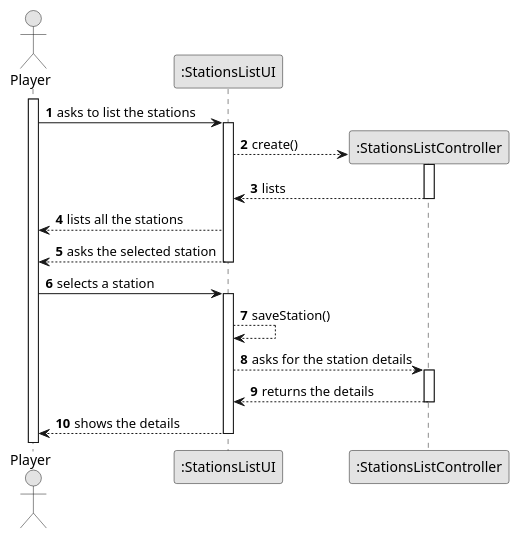
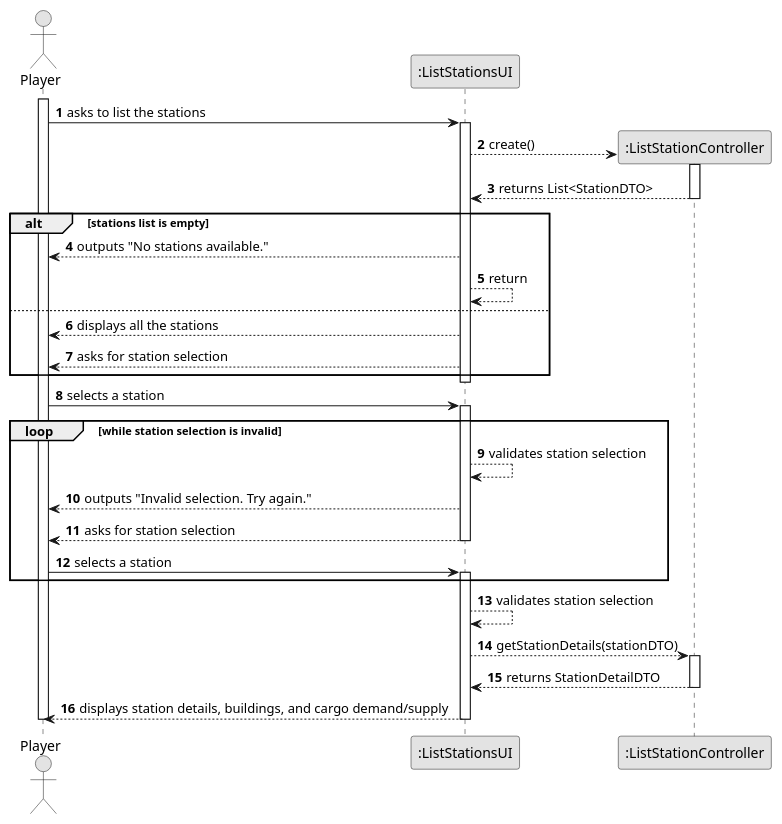
The diagram in docs/system-documentation/US007/03.design/puml/US007-SD-split.puml (goncalolopesp/sem2-pi-24.25-g093-repo), drawn with PlantUML before and after one commit. The commit also changed 3 other files, not shown here.

Commit message:
US007 - Updated Design's Partial and Split Diagrams

```diff
--- a/docs/system-documentation/US007/03.design/puml/US007-SD-split.puml
+++ b/docs/system-documentation/US007/03.design/puml/US007-SD-split.puml
@@ -1,39 +1,57 @@
 @startuml
 skinparam monochrome true
 skinparam packageStyle rectangle
 skinparam shadowing false
 
 autonumber
 
-actor "Player" as Employee
-participant ":StationsListUI" as StationsListUI
+actor "Player" as Player
+participant ":ListStationsUI" as ListStationsUI
 
-activate Employee
+activate Player
 
-Employee -> StationsListUI : asks to list the stations
-activate StationsListUI
+Player -> ListStationsUI : asks to list the stations
+activate ListStationsUI
 
-create ":StationsListController" as StationsListController
+create ":ListStationController" as ListStationController
+ListStationsUI --> ListStationController : create()
+activate ListStationController
 
-StationsListUI --> StationsListController : create()
-activate StationsListController
-StationsListController --> StationsListUI : lists
+ListStationController --> ListStationsUI : returns List<StationDTO>
+deactivate ListStationController
 
-deactivate StationsListController
+alt stations list is empty
+    ListStationsUI --> Player : outputs "No stations available."
+    ListStationsUI --> ListStationsUI : return
+else
+    ListStationsUI --> Player : displays all the stations
+    ListStationsUI --> Player : asks for station selection
+end
 
-StationsListUI --> Employee : lists all the stations
-StationsListUI --> Employee : asks the selected station
-deactivate StationsListUI
+deactivate ListStationsUI
 
-Employee -> StationsListUI : selects a station
-activate StationsListUI
-StationsListUI --> StationsListUI : saveStation()
-StationsListUI --> StationsListController : asks for the station details
-activate StationsListController
-StationsListController --> StationsListUI : returns the details
-deactivate StationsListController
-StationsListUI --> Employee : shows the details
-deactivate StationsListUI
+Player -> ListStationsUI : selects a station
+activate ListStationsUI
 
+loop while station selection is invalid
+    ListStationsUI --> ListStationsUI : validates station selection
+    ListStationsUI --> Player : outputs "Invalid selection. Try again."
+    ListStationsUI --> Player : asks for station selection
+    deactivate ListStationsUI
+
+    Player -> ListStationsUI : selects a station
+    activate ListStationsUI
+end
+
+ListStationsUI --> ListStationsUI : validates station selection
+ListStationsUI --> ListStationController : getStationDetails(stationDTO)
+activate ListStationController
+
+ListStationController --> ListStationsUI : returns StationDetailDTO
+deactivate ListStationController
+
+ListStationsUI --> Player : displays station details, buildings, and cargo demand/supply
+deactivate ListStationsUI
+deactivate Player
 
 @enduml
```
